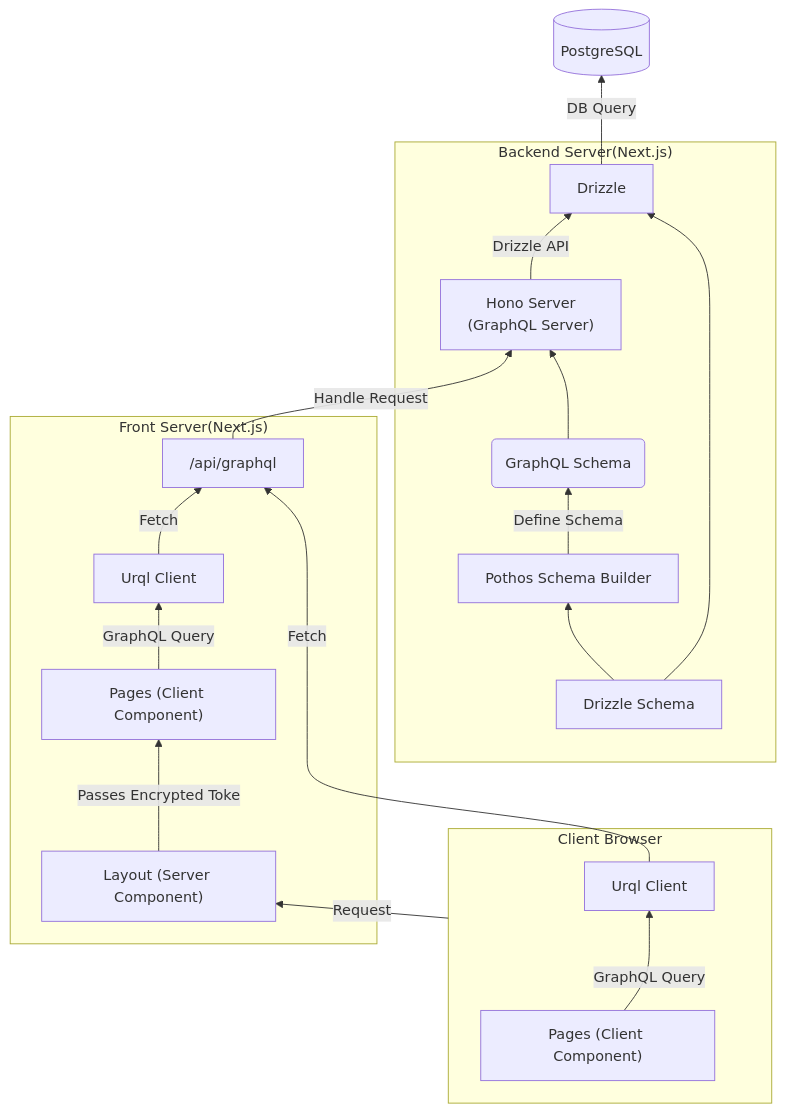
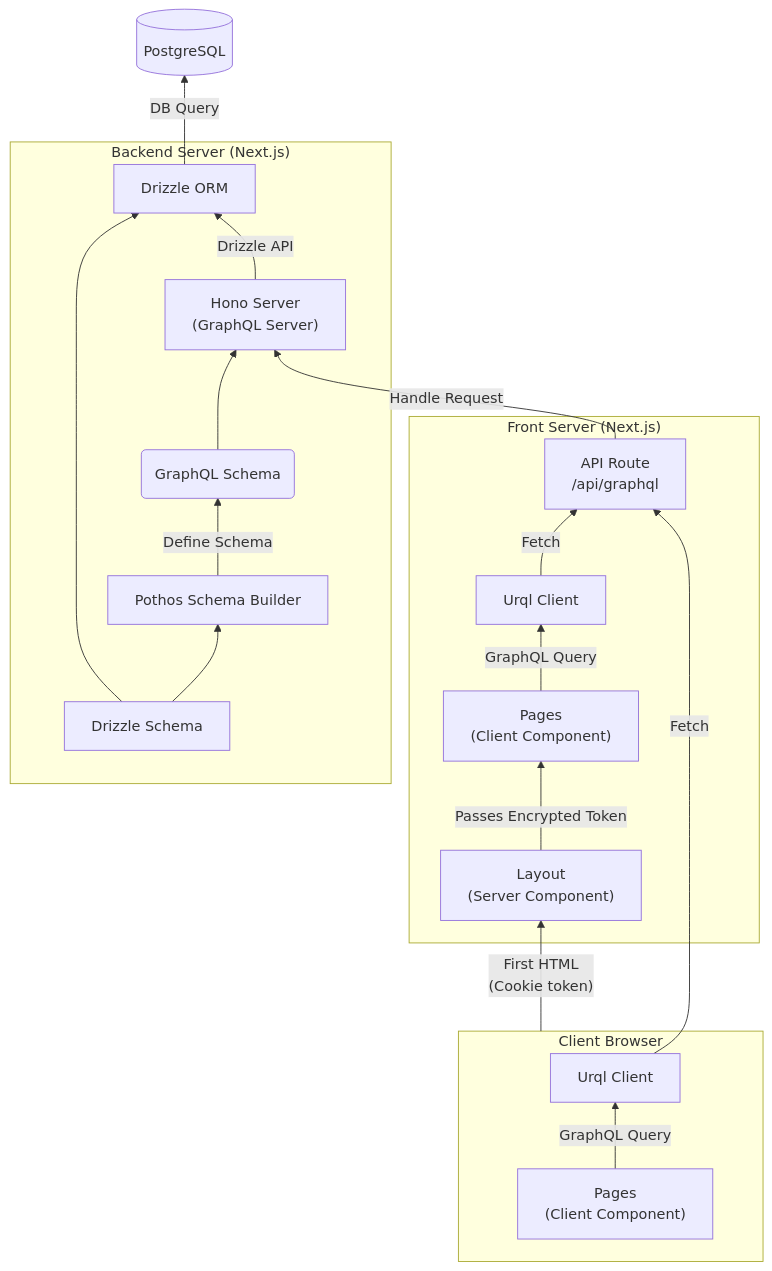
Before and after one commit to SoraKumo001/next-drizzle: the second of 5 diagrams in README.md, drawn with Mermaid.

Commit message:
Improve clarity and detail of system architecture Mermaid diagram.

````diff
--- a/README.md
+++ b/README.md
@@ -83,39 +83,48 @@
 ```mermaid
 graph BT
-    subgraph NextJS ["Front Server(Next.js)"]
-        Layout["Layout (Server Component)"]
-        Pages["Pages (Client Component)"]
-        Urql[Urql Client]
-        Route["/api/graphql"]
+    DB[("PostgreSQL")]
+
+    subgraph ServerLogic ["Backend Server (Next.js)"]
+        DrizzleSchema[Drizzle Schema]
+        Drizzle[Drizzle ORM]
+        Pothos[Pothos Schema Builder]
+        GraphQL(GraphQL Schema)
+        Hono["Hono Server
+        (GraphQL Server)"]
     end
 
-    subgraph ServerLogic ["Backend Server(Next.js)"]
-        Hono["Hono Server
-        (GraphQL Server)"]
-        GraphQL(GraphQL Schema)
-        Pothos[Pothos Schema Builder]
-        Drizzle[Drizzle]
-        DrizzleSchema[Drizzle Schema]
+    subgraph NextJS ["Front Server (Next.js)"]
+        Route["API Route
+        /api/graphql"]
+        Urql[Urql Client]
+        Pages["Pages
+        (Client Component)"]
+        Layout["Layout
+        (Server Component)"]
     end
 
-    subgraph Client[Client Browser]
-        ClientPages["Pages (Client Component)"]
+    subgraph Client ["Client Browser"]
         ClientUrql[Urql Client]
+        ClientPages["Pages
+        (Client Component)"]
     end
 
-    DB[("PostgreSQL")]
+    DrizzleSchema --> Drizzle
+    DrizzleSchema --> Pothos
+    Pothos -->|Define Schema| GraphQL
+    GraphQL --> Hono
 
-    Client -->|Request| Layout
-    Layout -->|Passes Encrypted Toke| Pages
+    Drizzle -->|DB Query| DB
+    Hono -->|Drizzle API| Drizzle
+    Route -->|Handle Request| Hono
+
+    Urql -->|Fetch| Route
     Pages -->|GraphQL Query| Urql
-    Urql -->|Fetch| Route
-    Route -->|Handle Request| Hono
-    Pothos --> |Define Schema|GraphQL
-    GraphQL --> Hono
-    Hono -->|Drizzle API| Drizzle
-    Drizzle -->|DB Query| DB
+    Layout -->|Passes Encrypted Token| Pages
+
+    ClientUrql -->|Fetch| Route
     ClientPages -->|GraphQL Query| ClientUrql
-    ClientUrql -->|Fetch| Route
-    DrizzleSchema --> Pothos
-    DrizzleSchema --> Drizzle
+
+    Client --> |"First HTML
+    (Cookie token)"|Layout
 ```
````
